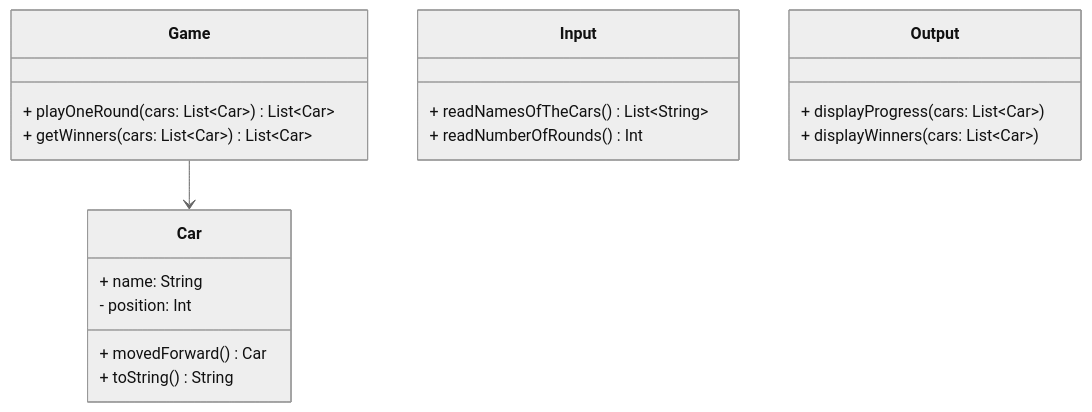
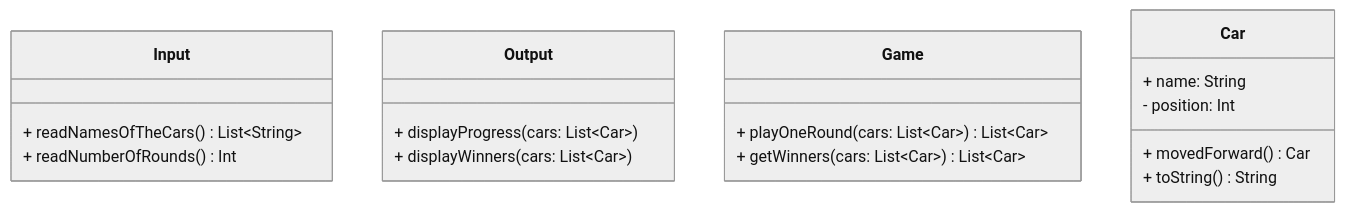
Before and after one commit to herotechcourse/kotlin-racingcar-precourse: the third of 3 diagrams in README.md, drawn with Mermaid (neutral theme). The commit also changed other lines of this file, not shown here.

````diff
--- a/README.md
+++ b/README.md
@@ -119,26 +119,24 @@
 ```mermaid
 classDiagram
-    Game --> Car
-
     class Input {
         + readNamesOfTheCars() List~String~
         + readNumberOfRounds() Int
     }
 
     class Output {
         + displayProgress(cars: List~Car~)
         + displayWinners(cars: List~Car~)
     }
 
     class Game {
         + playOneRound(cars: List~Car~) List~Car~
         + getWinners(cars: List~Car~) List~Car~
     }
 
     class Car {
         + name: String
         - position: Int
         + movedForward() Car
         + toString() String
     }
 ```
````
